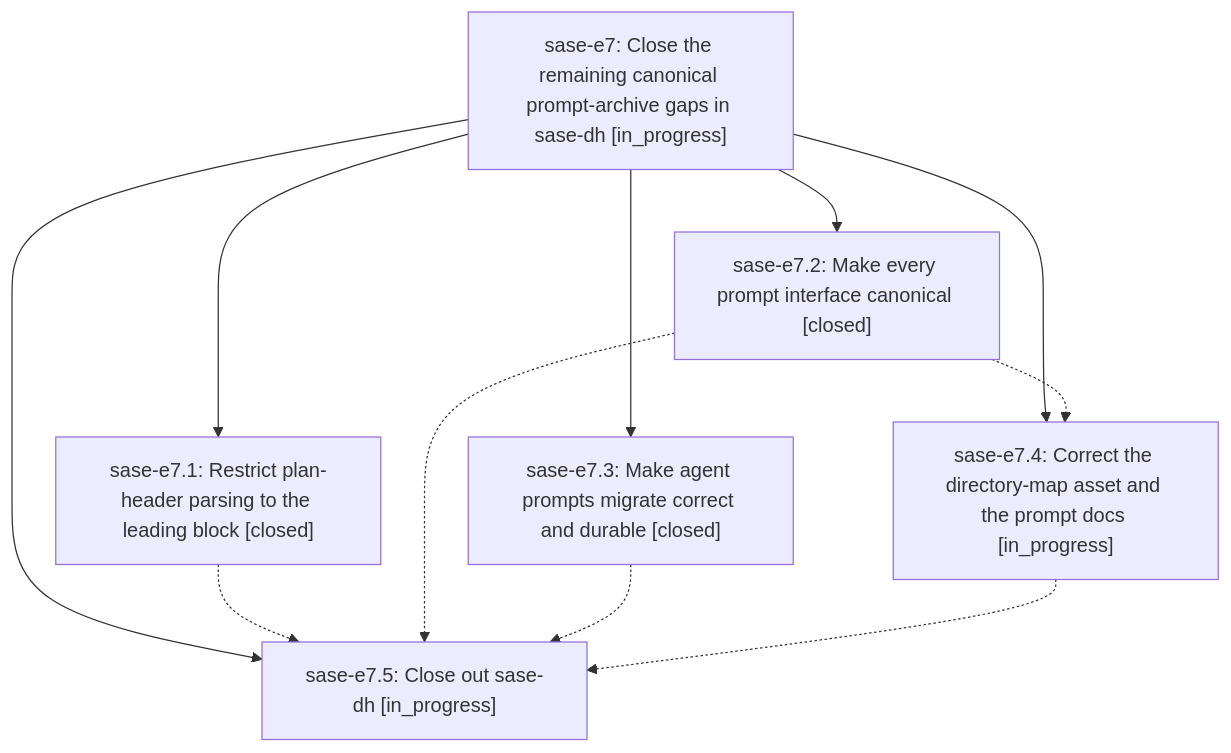
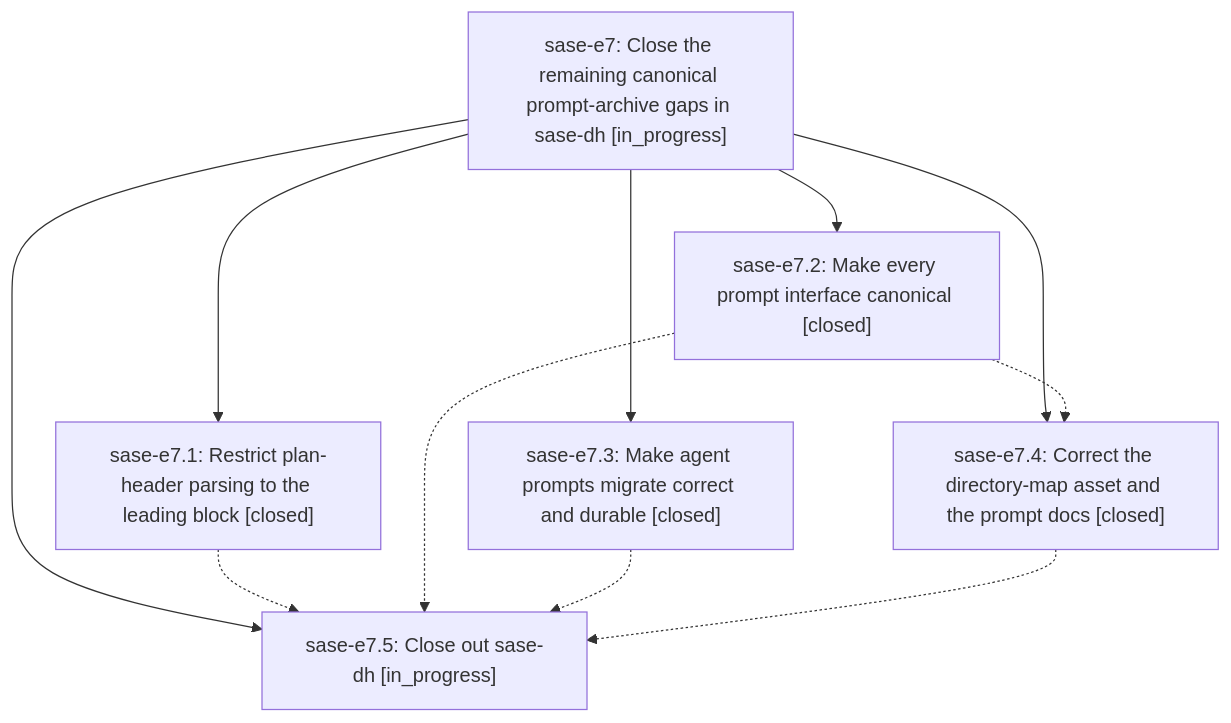
Before and after one commit to sase-org/sase--beads: the diagram in pages/sase-e7/README.md, drawn with Mermaid. The commit also changed other lines of this file and 4 other files, not shown here.

````diff
--- a/pages/sase-e7/README.md
+++ b/pages/sase-e7/README.md
@@ -26,19 +26,19 @@
 ```mermaid
 flowchart TD
     n0["sase-e7: Close the remaining canonical prompt-archive gaps in sase-dh [in_progress]"]
     n1["sase-e7.1: Restrict plan-header parsing to the leading block [closed]"]
     n2["sase-e7.2: Make every prompt interface canonical [closed]"]
     n3["sase-e7.3: Make agent prompts migrate correct and durable [closed]"]
-    n4["sase-e7.4: Correct the directory-map asset and the prompt docs [in_progress]"]
+    n4["sase-e7.4: Correct the directory-map asset and the prompt docs [closed]"]
     n5["sase-e7.5: Close out sase-dh [in_progress]"]
     n0 --> n1
     n0 --> n2
     n0 --> n3
     n0 --> n4
     n0 --> n5
     n1 -.-> n5
     n2 -.-> n4
     n2 -.-> n5
     n3 -.-> n5
     n4 -.-> n5
 ```
````
